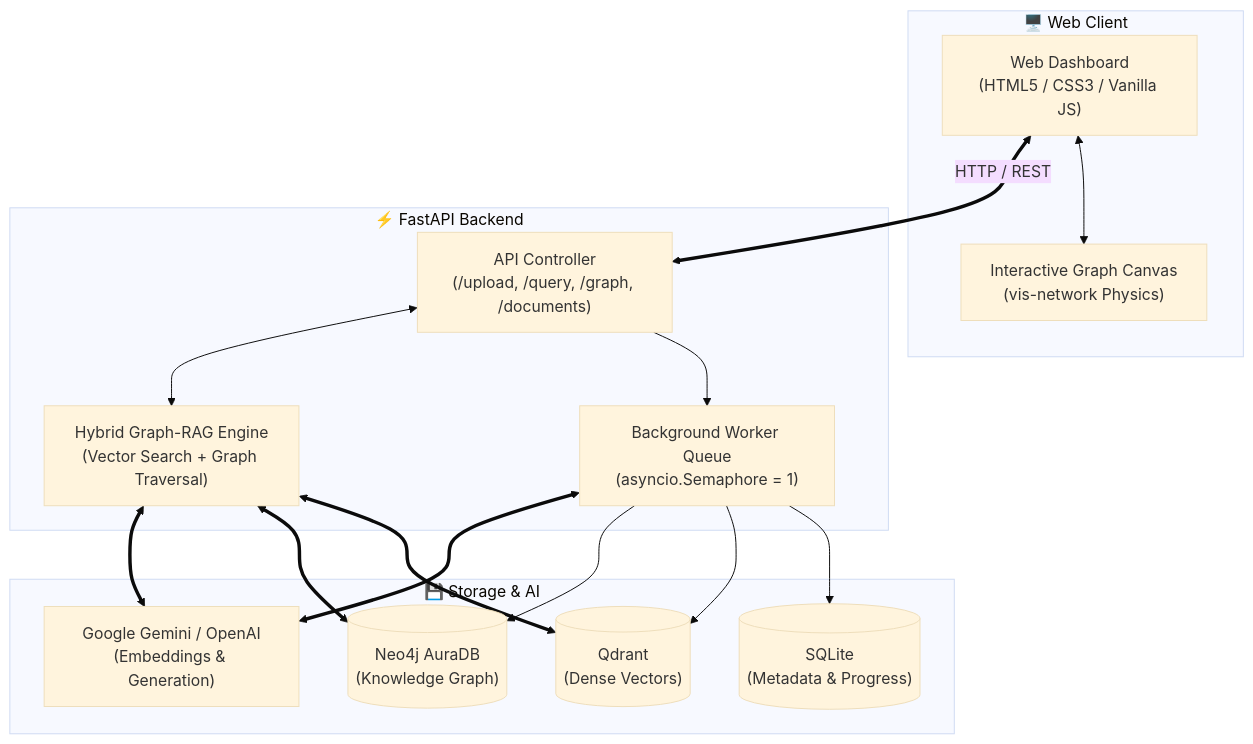
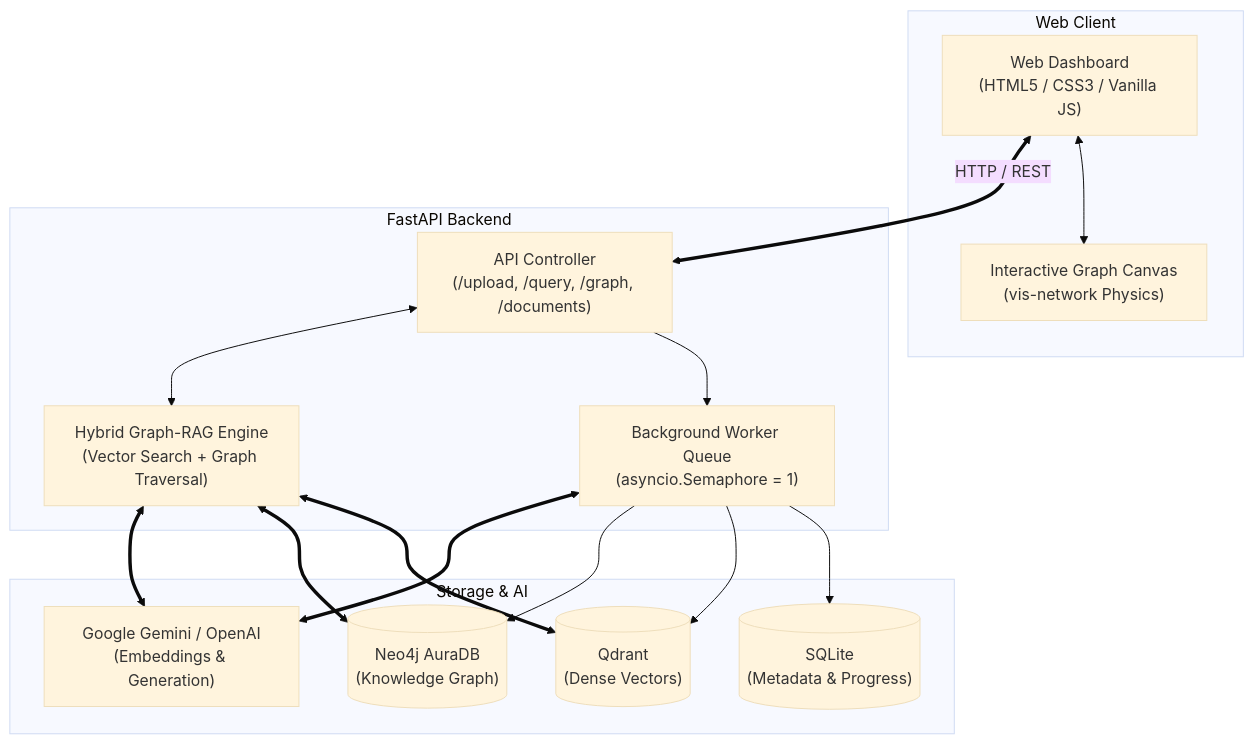
Before and after one commit to yuvrajgovindrao/GraphRAG: the first of 2 diagrams in README.md, drawn with Mermaid (base theme). The commit also changed other lines of this file and 3 other files, not shown here.

````diff
--- a/README.md
+++ b/README.md
@@ -20,32 +20,32 @@
 ```mermaid
 flowchart TD
-    subgraph Client["🖥️ Web Client"]
+    subgraph Client[" Web Client"]
         UI["Web Dashboard\n(HTML5 / CSS3 / Vanilla JS)"]
         VIS["Interactive Graph Canvas\n(vis-network Physics)"]
         UI <--> VIS
     end
 
-    subgraph Server["⚡ FastAPI Backend"]
+    subgraph Server[" FastAPI Backend"]
         API["API Controller\n(/upload, /query, /graph, /documents)"]
         QUEUE["Background Worker Queue\n(asyncio.Semaphore = 1)"]
         RAG["Hybrid Graph-RAG Engine\n(Vector Search + Graph Traversal)"]
         API --> QUEUE
         API <--> RAG
     end
 
-    subgraph Data["💾 Storage & AI"]
+    subgraph Data[" Storage & AI"]
         SQLITE[("SQLite\n(Metadata & Progress)")]
         QDRANT[("Qdrant\n(Dense Vectors)")]
         NEO4J[("Neo4j AuraDB\n(Knowledge Graph)")]
         LLM["Google Gemini / OpenAI\n(Embeddings & Generation)"]
     end
 
     UI <==>|HTTP / REST| API
     QUEUE --> SQLITE
     QUEUE --> QDRANT
     QUEUE --> NEO4J
     RAG <==> QDRANT
     RAG <==> NEO4J
     RAG <==> LLM
     QUEUE <==> LLM
 ```
````
